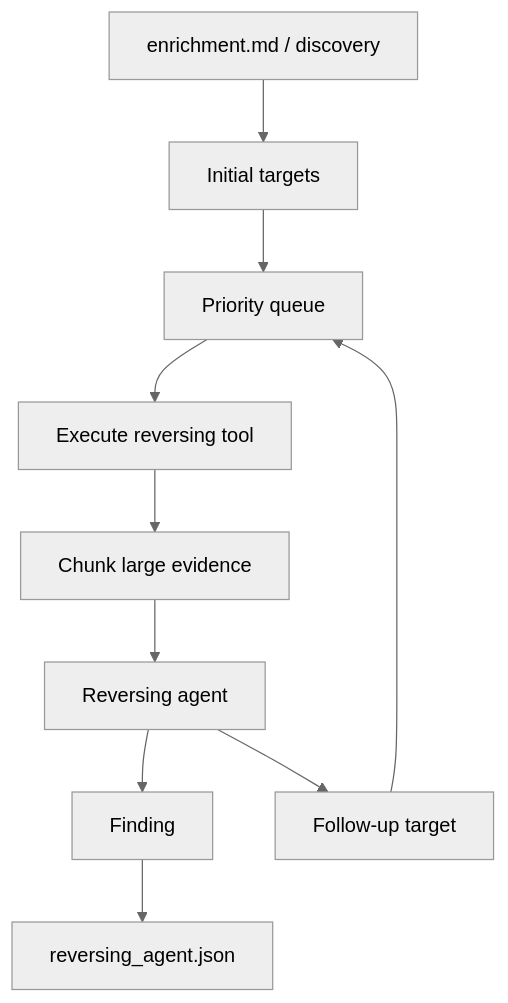
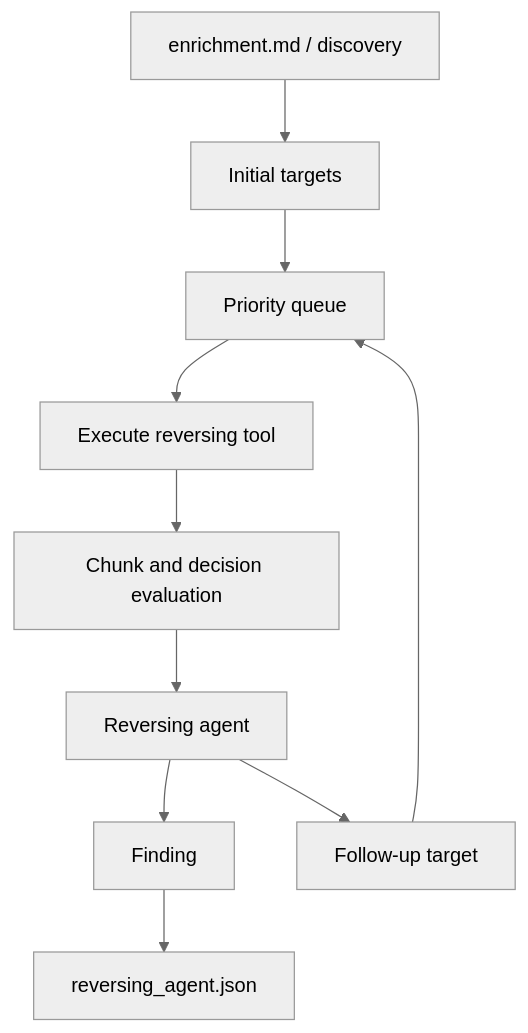
The second of 2 diagrams in docs/ai/README.md (pablo-972/AIM), drawn with Mermaid (neutral theme) before and after one commit. The commit also changed other lines of this file and 29 other files, not shown here.

First line of the commit message:
Reversing agent solid JSON

````diff
--- a/docs/ai/README.md
+++ b/docs/ai/README.md
@@ -280,12 +293,12 @@
 ```mermaid
 flowchart TD
     Context[enrichment.md / discovery] --> Seed[Initial targets]
     Seed --> Queue[Priority queue]
     Queue --> Tool[Execute reversing tool]
-    Tool --> Chunking[Chunk large evidence]
-    Chunking --> Agent[Reversing agent]
+    Tool --> Decision[Chunk and decision evaluation]
+    Decision --> Agent[Reversing agent]
     Agent --> Finding[Finding]
     Agent --> FollowUp[Follow-up target]
     FollowUp --> Queue
     Finding --> Memory[reversing_agent.json]
 ```
````
